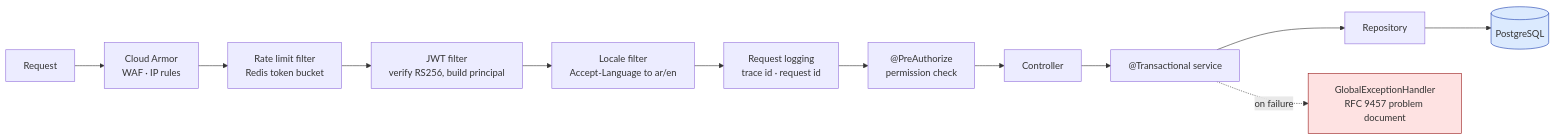
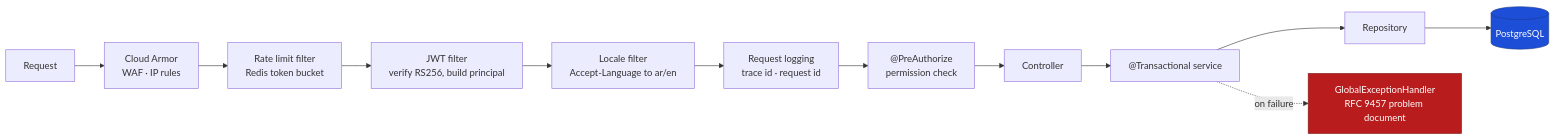
Before and after one commit to ahmedselimmansor-ctrl/Eshop-E-Comerce-NEXT.JS-Spring-Boot: the fourth of 18 diagrams in README.md, drawn with Mermaid. The commit also changed other lines of this file, not shown here.

````diff
--- a/README.md
+++ b/README.md
@@ -183,18 +218,18 @@
 ```mermaid
 flowchart LR
     R["Request"] --> A["Cloud Armor<br/>WAF · IP rules"]
     A --> B["Rate limit filter<br/>Redis token bucket"]
     B --> C["JWT filter<br/>verify RS256, build principal"]
     C --> D["Locale filter<br/>Accept-Language to ar/en"]
     D --> E["Request logging<br/>trace id · request id"]
     E --> F["@PreAuthorize<br/>permission check"]
     F --> G["Controller"]
     G --> H["@Transactional service"]
     H --> I["Repository"]
     I --> J[("PostgreSQL")]
 
     H -.->|"on failure"| X["GlobalExceptionHandler<br/>RFC 9457 problem document"]
 
-    style X fill:#fee2e2,stroke:#991b1b
-    style J fill:#dbeafe,stroke:#1e40af
+    style X fill:#b91c1c,stroke:#7f1d1d,color:#ffffff
+    style J fill:#1d4ed8,stroke:#1e3a8a,color:#ffffff
 ```
````
